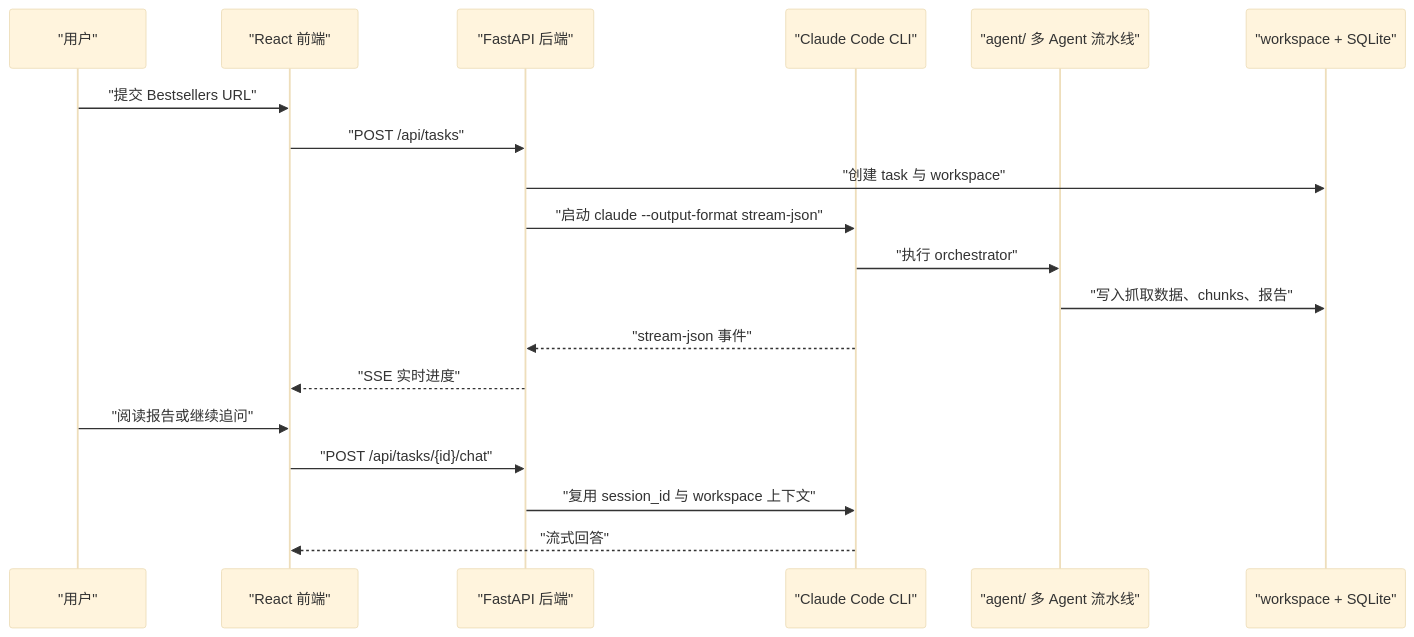
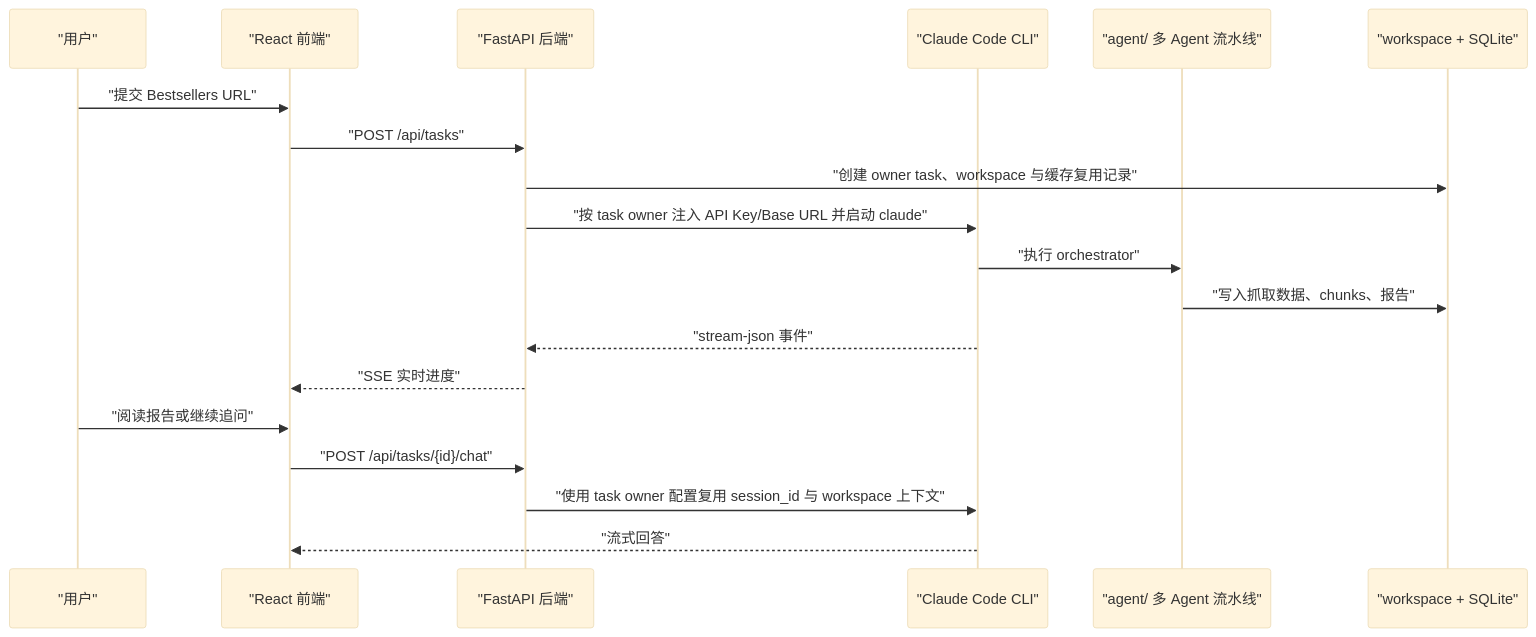
The diagram in README.md (mengsi16/amazon-bestsellers-app), drawn with Mermaid (base theme) before and after one commit. The commit also changed other lines of this file and 7 other files, not shown here.

````diff
--- a/README.md
+++ b/README.md
@@ -93,22 +94,22 @@
 ```mermaid
 sequenceDiagram
     participant U as "用户"
     participant F as "React 前端"
     participant B as "FastAPI 后端"
     participant C as "Claude Code CLI"
     participant A as "agent/ 多 Agent 流水线"
     participant W as "workspace + SQLite"
 
     U->>F: "提交 Bestsellers URL"
     F->>B: "POST /api/tasks"
-    B->>W: "创建 task 与 workspace"
-    B->>C: "启动 claude --output-format stream-json"
+    B->>W: "创建 owner task、workspace 与缓存复用记录"
+    B->>C: "按 task owner 注入 API Key/Base URL 并启动 claude"
     C->>A: "执行 orchestrator"
     A->>W: "写入抓取数据、chunks、报告"
     C-->>B: "stream-json 事件"
     B-->>F: "SSE 实时进度"
     U->>F: "阅读报告或继续追问"
     F->>B: "POST /api/tasks/{id}/chat"
-    B->>C: "复用 session_id 与 workspace 上下文"
+    B->>C: "使用 task owner 配置复用 session_id 与 workspace 上下文"
     C-->>F: "流式回答"
 ```
````
